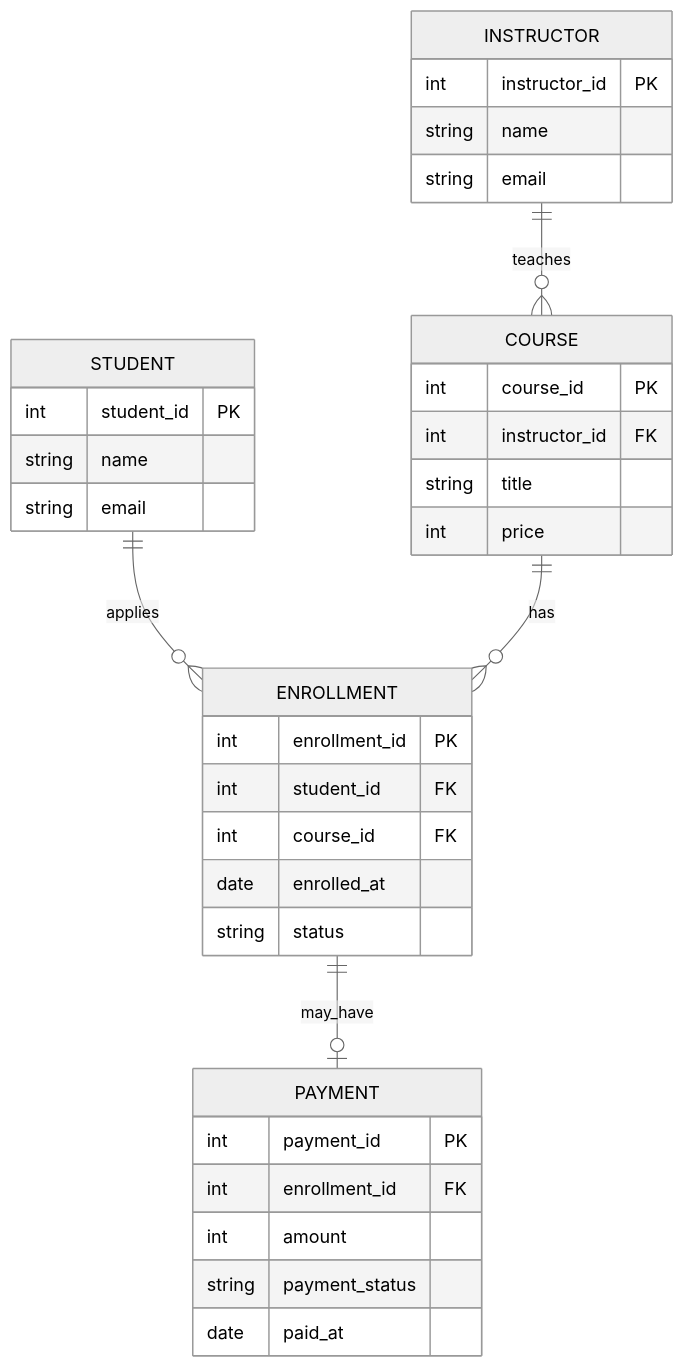
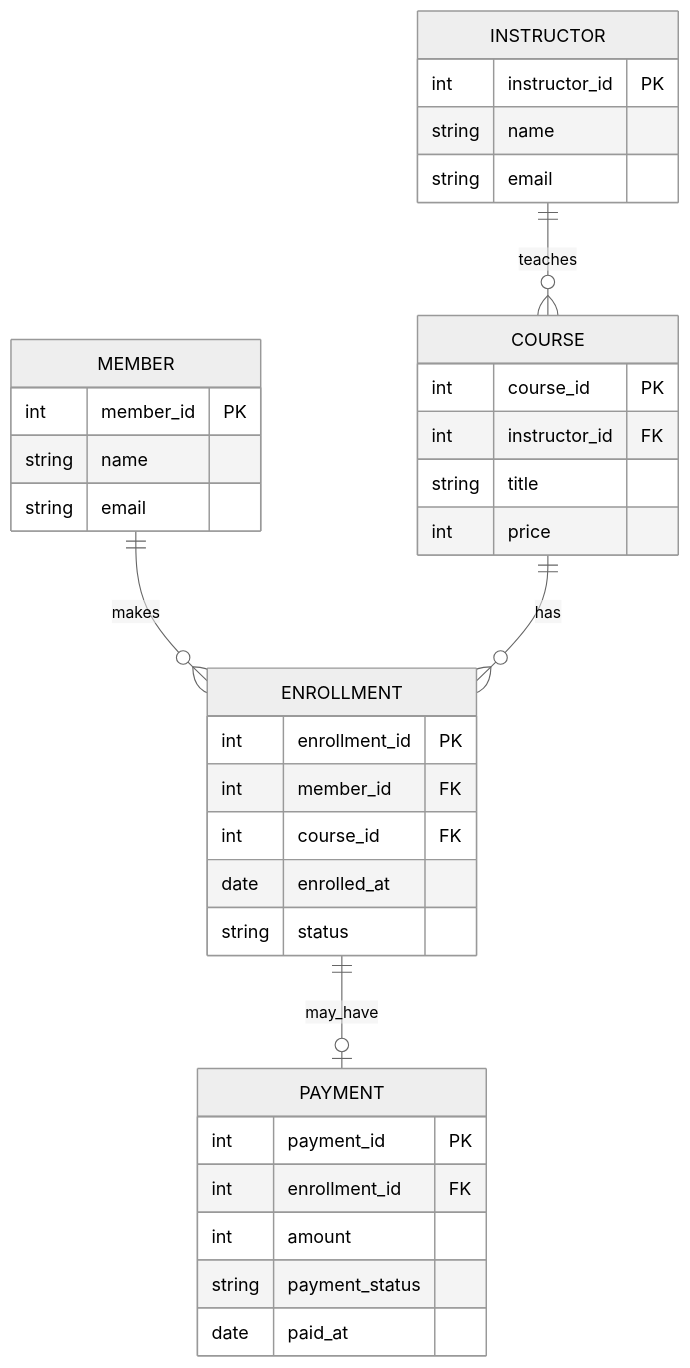
Before and after one commit to GilbertMoon/ai-database-book: the diagram in images/chapter01/ch01_05_online_course_data_relationship.mmd, drawn with Mermaid (neutral theme). The commit also changed 11 other files, not shown here.

```diff
--- a/images/chapter01/ch01_05_online_course_data_relationship.mmd
+++ b/images/chapter01/ch01_05_online_course_data_relationship.mmd
@@ -1,40 +1,40 @@
 erDiagram
-    STUDENT ||--o{ ENROLLMENT : applies
+    MEMBER ||--o{ ENROLLMENT : makes
     COURSE ||--o{ ENROLLMENT : has
     INSTRUCTOR ||--o{ COURSE : teaches
     ENROLLMENT ||--o| PAYMENT : may_have
 
-    STUDENT {
-        int student_id PK
+    MEMBER {
+        int member_id PK
         string name
         string email
     }
 
     INSTRUCTOR {
         int instructor_id PK
         string name
         string email
     }
 
     COURSE {
         int course_id PK
         int instructor_id FK
         string title
         int price
     }
 
     ENROLLMENT {
         int enrollment_id PK
-        int student_id FK
+        int member_id FK
         int course_id FK
         date enrolled_at
         string status
     }
 
     PAYMENT {
         int payment_id PK
         int enrollment_id FK
         int amount
         string payment_status
         date paid_at
     }
```
